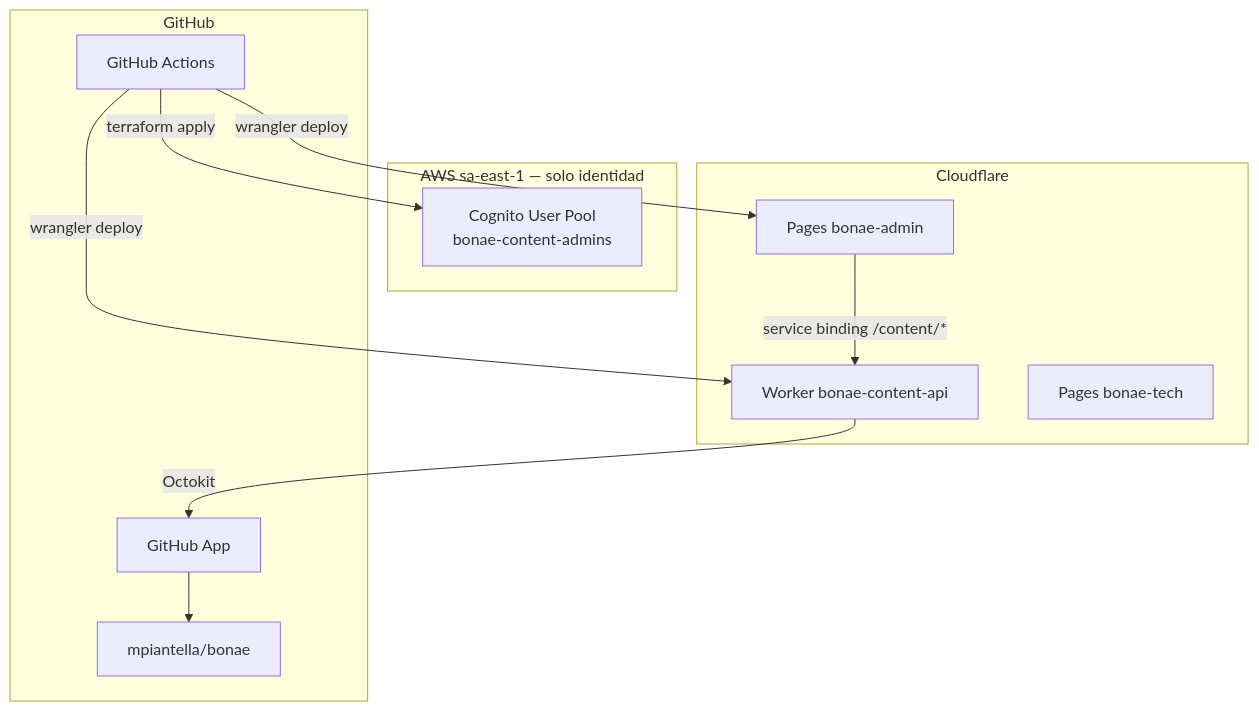
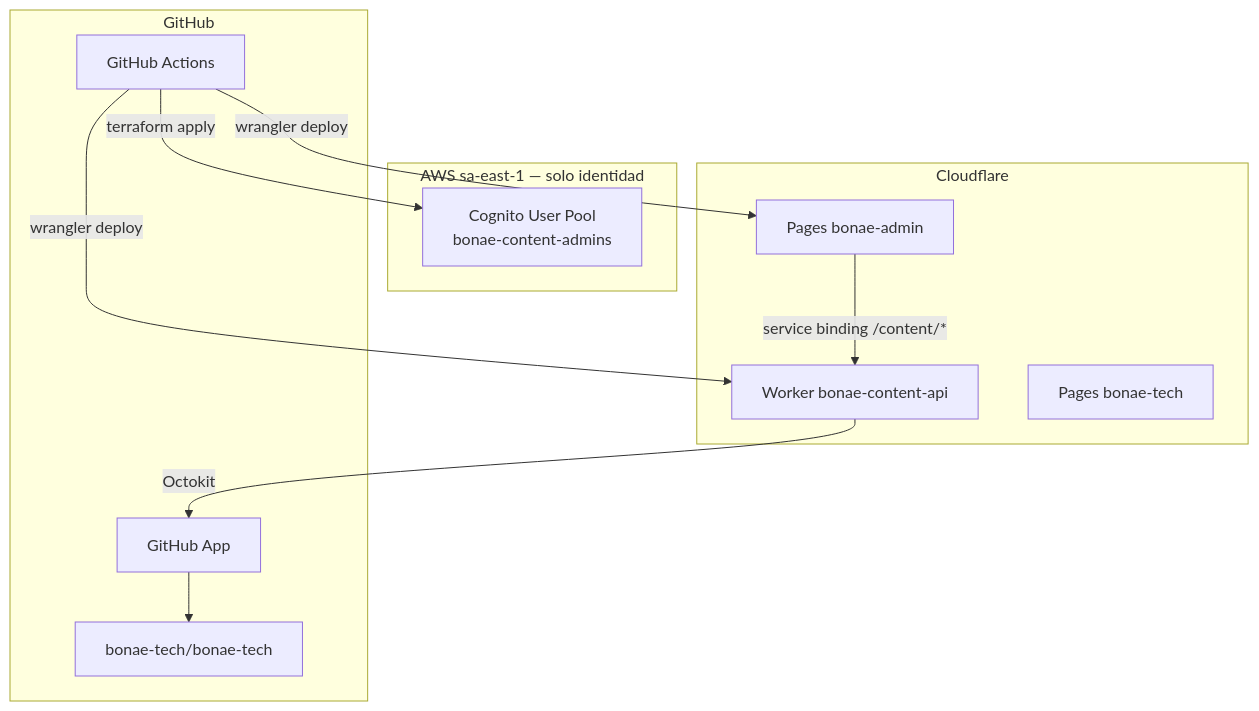
One commit to Bonae-Tech/bonae-tech changed the diagram in infra/README.md. Above: the diagram before and after it, drawn with Mermaid. The commit also changed 5 other files, not shown here.

````diff
--- a/infra/README.md
+++ b/infra/README.md
@@ -7,25 +7,25 @@
 ```mermaid
 graph TD
     subgraph AWS["AWS sa-east-1 — solo identidad"]
         Cognito["Cognito User Pool\nbonae-content-admins"]
     end
 
     subgraph Cloudflare
         AdminPages["Pages bonae-admin"]
         Worker["Worker bonae-content-api"]
         SitePages["Pages bonae-tech"]
     end
 
     subgraph GitHub
-        GHRepo["mpiantella/bonae"]
+        GHRepo["bonae-tech/bonae-tech"]
         GHActions["GitHub Actions"]
         GHApp["GitHub App"]
     end
 
     AdminPages -->|"service binding /content/*"| Worker
     Worker -->|"Octokit"| GHApp
     GHApp --> GHRepo
     GHActions -->|"wrangler deploy"| AdminPages
     GHActions -->|"wrangler deploy"| Worker
     GHActions -->|"terraform apply"| Cognito
 ```
````
